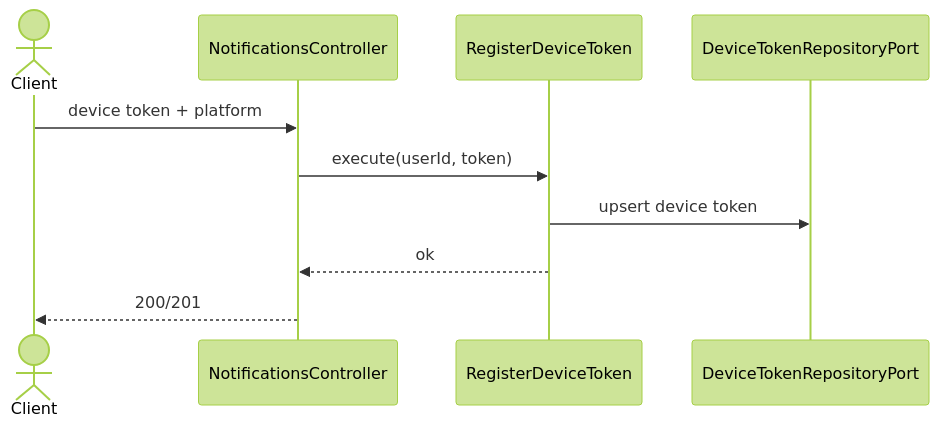
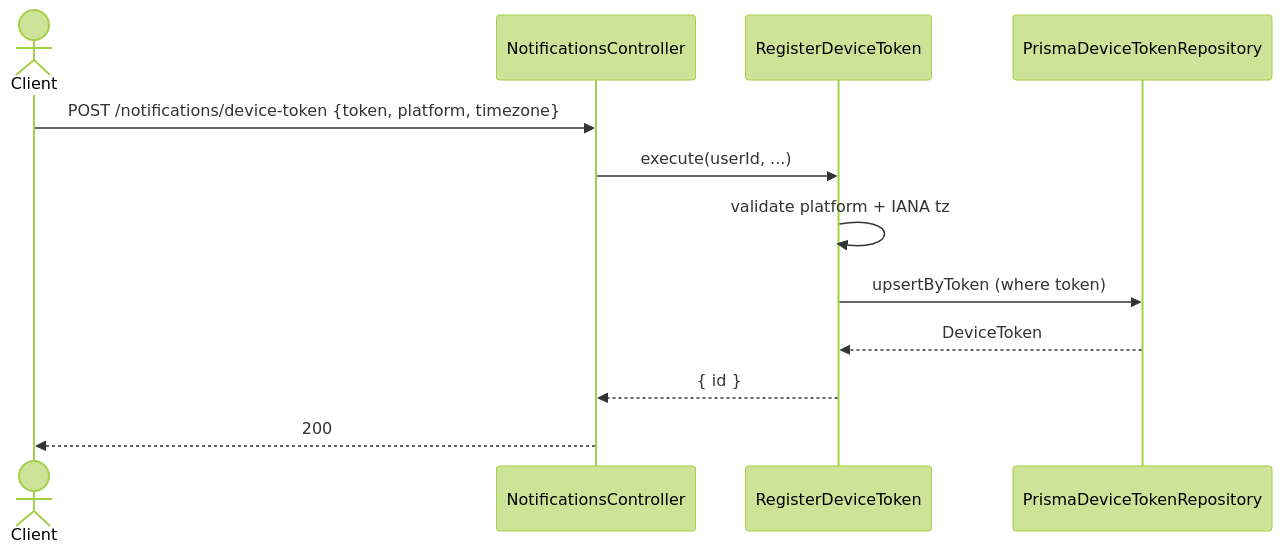
One commit to yusufhoglu/betterEatBetter-server changed the first of 2 diagrams in src/modules/notifications/notifications-doc.md. Above: the diagram before and after it, drawn with Mermaid (forest theme). The commit also changed other lines of this file and 28 other files, not shown here.

````diff
--- a/src/modules/notifications/notifications-doc.md
+++ b/src/modules/notifications/notifications-doc.md
@@ -32,13 +93,15 @@
 ```mermaid
 sequenceDiagram
     actor Client
-    participant Controller as NotificationsController
-    participant UseCase as RegisterDeviceToken
-    participant Repo as DeviceTokenRepositoryPort
+    participant Ctl as NotificationsController
+    participant UC as RegisterDeviceToken
+    participant Repo as PrismaDeviceTokenRepository
 
-    Client->>Controller: device token + platform
-    Controller->>UseCase: execute(userId, token)
-    UseCase->>Repo: upsert device token
-    UseCase-->>Controller: ok
-    Controller-->>Client: 200/201
+    Client->>Ctl: POST /notifications/device-token {token, platform, timezone}
+    Ctl->>UC: execute(userId, ...)
+    UC->>UC: validate platform + IANA tz
+    UC->>Repo: upsertByToken (where token)
+    Repo-->>UC: DeviceToken
+    UC-->>Ctl: { id }
+    Ctl-->>Client: 200
 ```
````
